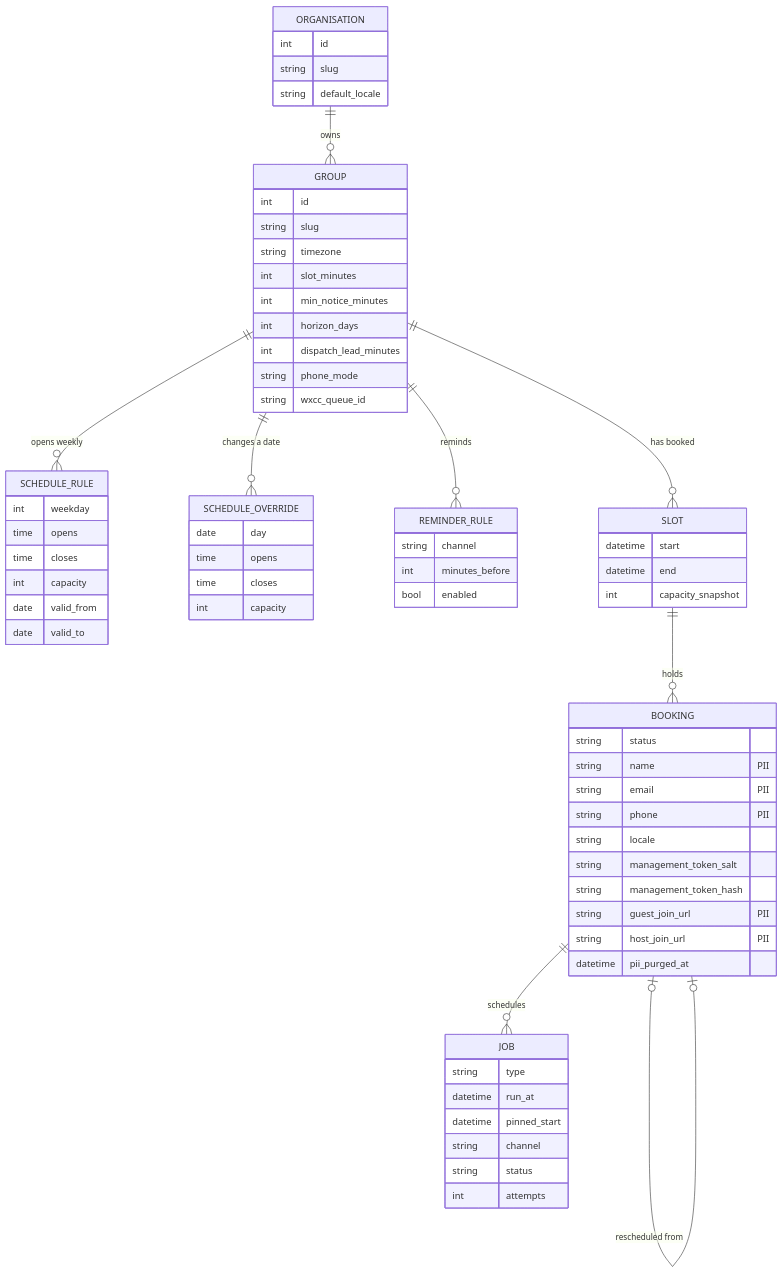
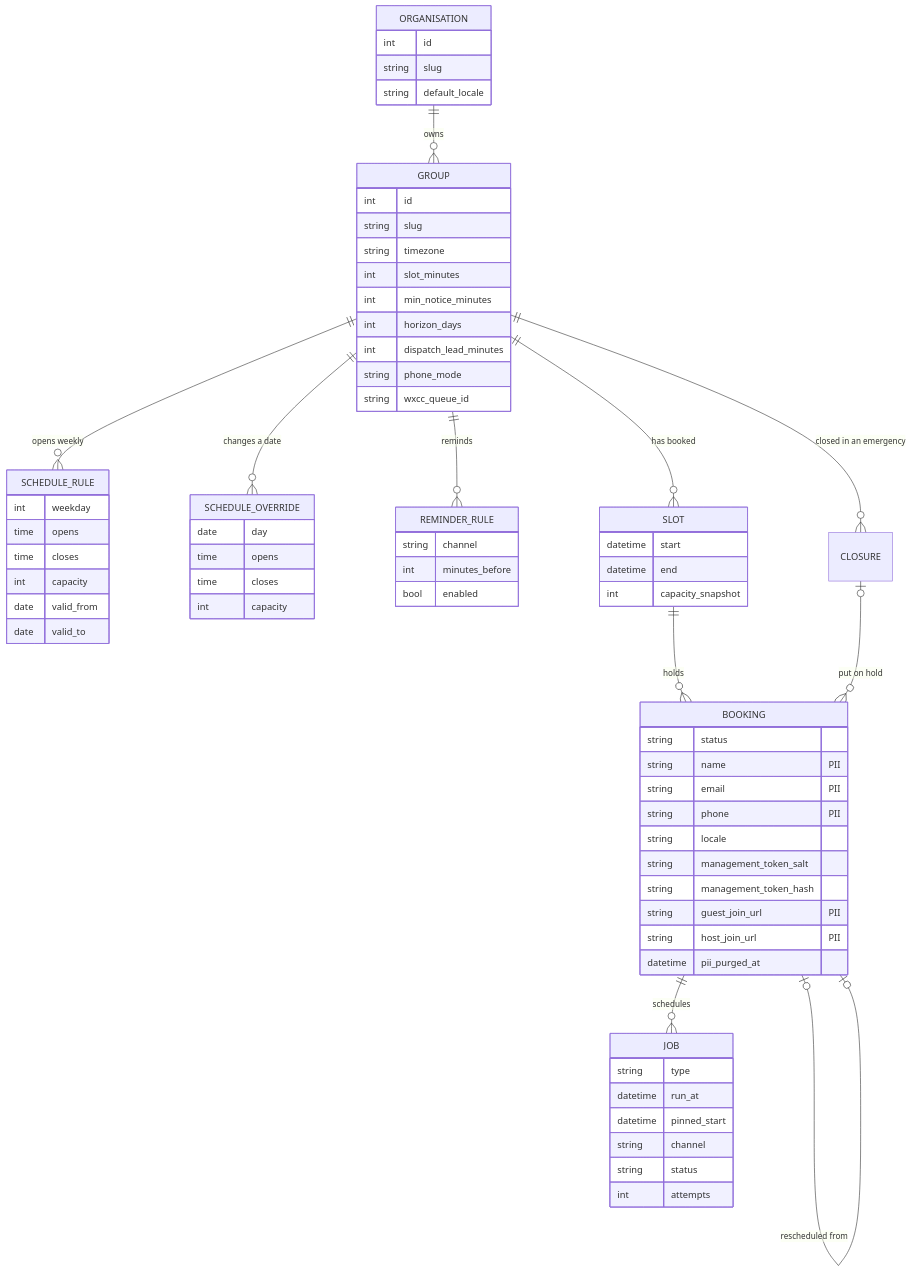
One commit to 3Corners-Labs/OpenPlanner changed the fifth of 13 diagrams in docs/architecture.md. Above: the diagram before and after it, drawn with Mermaid. The commit also changed other lines of this file and 57 other files, not shown here.

First line of the commit message:
feat: emergency closure of a group or organisation (ADR 0021)

````diff
--- a/docs/architecture.md
+++ b/docs/architecture.md
@@ -221,72 +222,74 @@
 ```mermaid
 erDiagram
     ORGANISATION ||--o{ GROUP : owns
     GROUP ||--o{ SCHEDULE_RULE : "opens weekly"
     GROUP ||--o{ SCHEDULE_OVERRIDE : "changes a date"
     GROUP ||--o{ REMINDER_RULE : reminds
     GROUP ||--o{ SLOT : "has booked"
     SLOT ||--o{ BOOKING : holds
     BOOKING ||--o{ JOB : schedules
+    GROUP ||--o{ CLOSURE : "closed in an emergency"
+    CLOSURE |o--o{ BOOKING : "put on hold"
     BOOKING |o--o| BOOKING : "rescheduled from"
 
     ORGANISATION {
         int id
         string slug
         string default_locale
     }
     GROUP {
         int id
         string slug
         string timezone
         int slot_minutes
         int min_notice_minutes
         int horizon_days
         int dispatch_lead_minutes
         string phone_mode
         string wxcc_queue_id
     }
     SCHEDULE_RULE {
         int weekday
         time opens
         time closes
         int capacity
         date valid_from
         date valid_to
     }
     SCHEDULE_OVERRIDE {
         date day
         time opens
         time closes
         int capacity
     }
     REMINDER_RULE {
         string channel
         int minutes_before
         bool enabled
     }
     SLOT {
         datetime start
         datetime end
         int capacity_snapshot
     }
     BOOKING {
         string status
         string name "PII"
         string email "PII"
         string phone "PII"
         string locale
         string management_token_salt
         string management_token_hash
         string guest_join_url "PII"
         string host_join_url "PII"
         datetime pii_purged_at
     }
     JOB {
         string type
         datetime run_at
         datetime pinned_start
         string channel
         string status
         int attempts
     }
 ```
````
